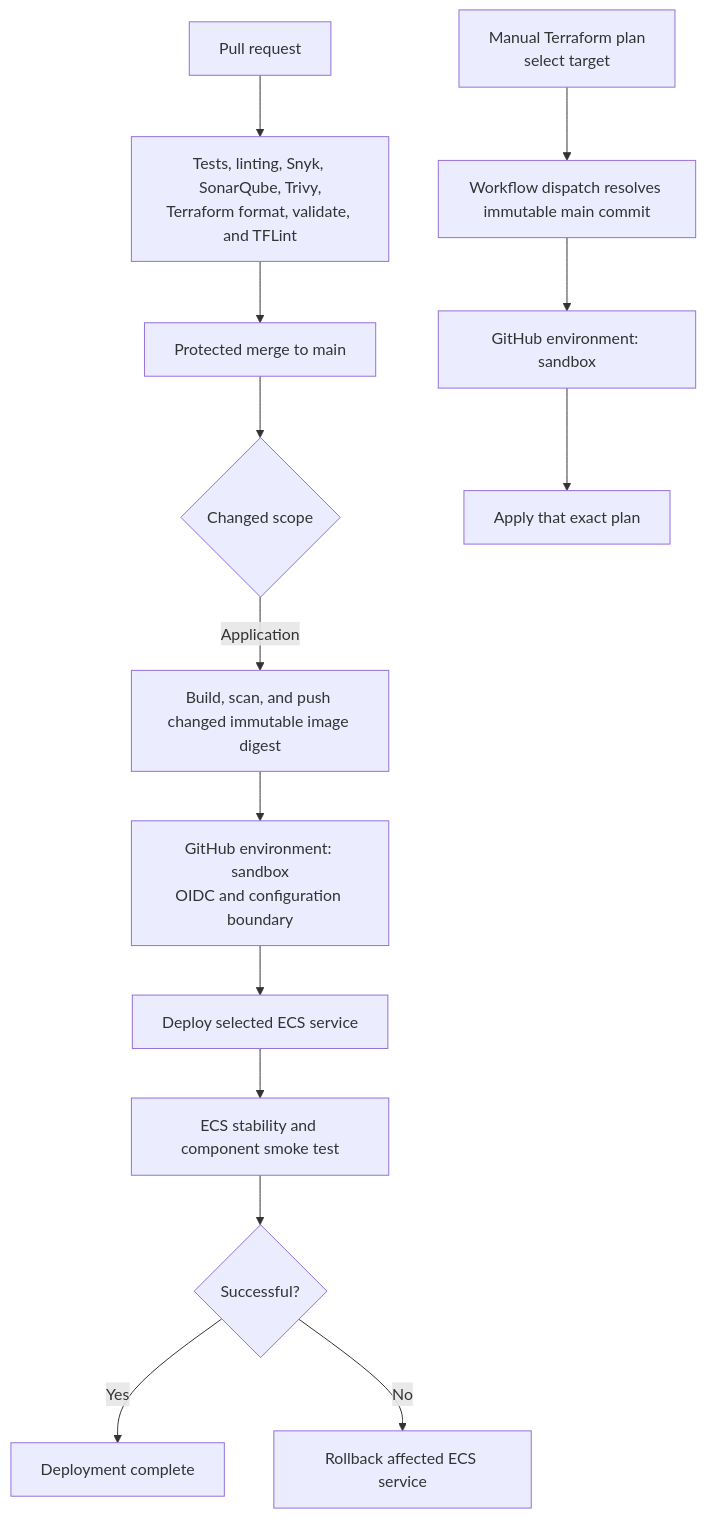
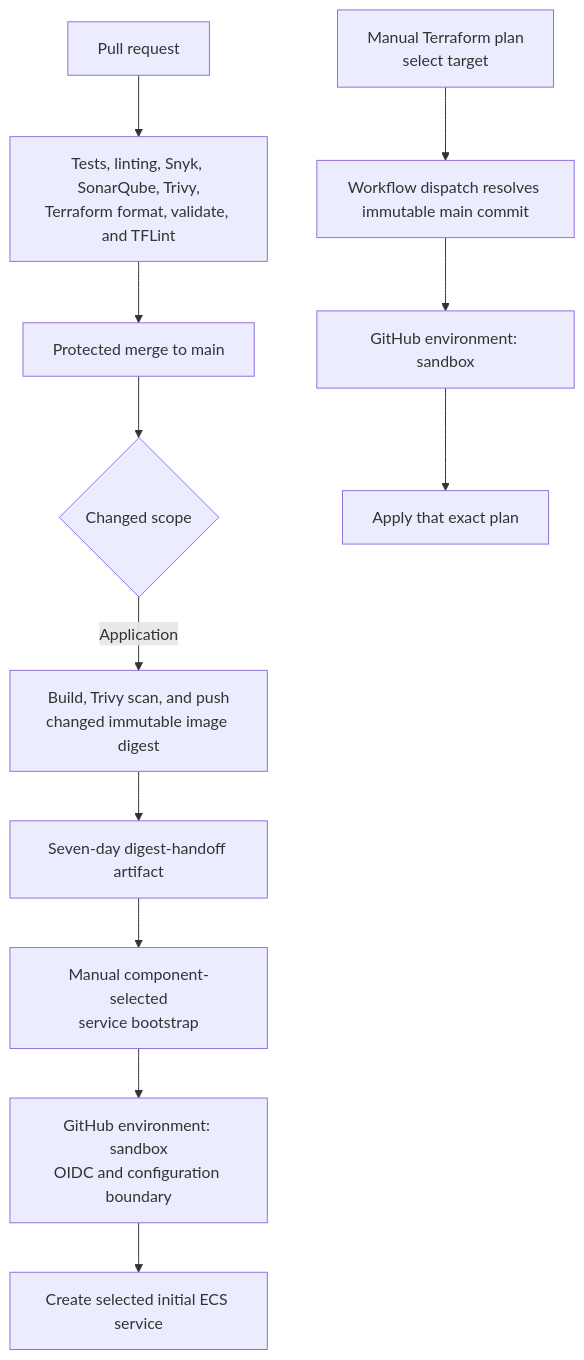
One commit to afaryy/happy-post changed the second of 2 diagrams in docs/architecture.md. Above: the diagram before and after it, drawn with Mermaid. The commit also changed other lines of this file and 13 other files, not shown here.

Commit message:
feat: add immutable image publication and service bootstrap

```diff
--- a/docs/architecture.md
+++ b/docs/architecture.md
@@ -67,16 +67,14 @@
 ~~~mermaid
 flowchart TB
     pr[Pull request] --> checks[Tests, linting, Snyk, SonarQube, Trivy,<br/>Terraform format, validate, and TFLint]
     checks --> merge[Protected merge to main]
     merge --> scope{Changed scope}
-    scope -->|Application| build[Build, scan, and push changed immutable image digest]
-    build --> sandbox[GitHub environment: sandbox<br/>OIDC and configuration boundary]
-    sandbox --> deploy[Deploy selected ECS service]
-    deploy --> verify[ECS stability and component smoke test]
-    verify --> result{Successful?}
-    result -->|Yes| complete[Deployment complete]
-    result -->|No| rollback[Rollback affected ECS service]
+    scope -->|Application| build[Build, Trivy scan, and push<br/>changed immutable image digest]
+    build --> handoff[Seven-day digest-handoff artifact]
+    handoff --> bootstrap[Manual component-selected<br/>service bootstrap]
+    bootstrap --> sandbox[GitHub environment: sandbox<br/>OIDC and configuration boundary]
+    sandbox --> initial[Create selected initial ECS service]
     manual_plan[Manual Terraform plan<br/>select target] --> fresh_plan[Workflow dispatch resolves immutable main commit]
     fresh_plan --> tf_sandbox[GitHub environment: sandbox]
     tf_sandbox --> apply[Apply that exact plan]
 ~~~
```
